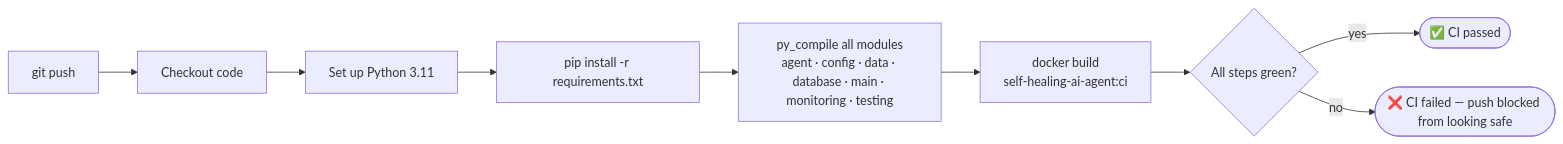
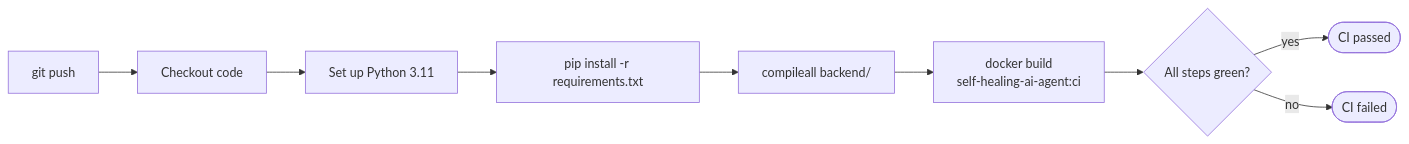
One commit to MuhammadAbbas01/Self_Healing_Customer_support_agent changed the second of 3 diagrams in README.md. Above: the diagram before and after it, drawn with Mermaid. The commit also changed other lines of this file and 17 other files, not shown here.

Commit message:
Split backend into database, rag, monitoring and evaluation packages; clean up code style

````diff
--- a/README.md
+++ b/README.md
@@ -178,11 +177,11 @@
 ```mermaid
 flowchart LR
     A["git push"] --> B["Checkout code"]
     B --> C["Set up Python 3.11"]
     C --> D["pip install -r requirements.txt"]
-    D --> E["py_compile all modules<br/>agent · config · data · database · main · monitoring · testing"]
+    D --> E["compileall backend/"]
     E --> F["docker build<br/>self-healing-ai-agent:ci"]
     F --> G{"All steps green?"}
-    G -- "yes" --> H(["✅ CI passed"])
-    G -- "no" --> I(["❌ CI failed — push blocked from looking safe"])
+    G -- "yes" --> H(["CI passed"])
+    G -- "no" --> I(["CI failed"])
 ```
````
